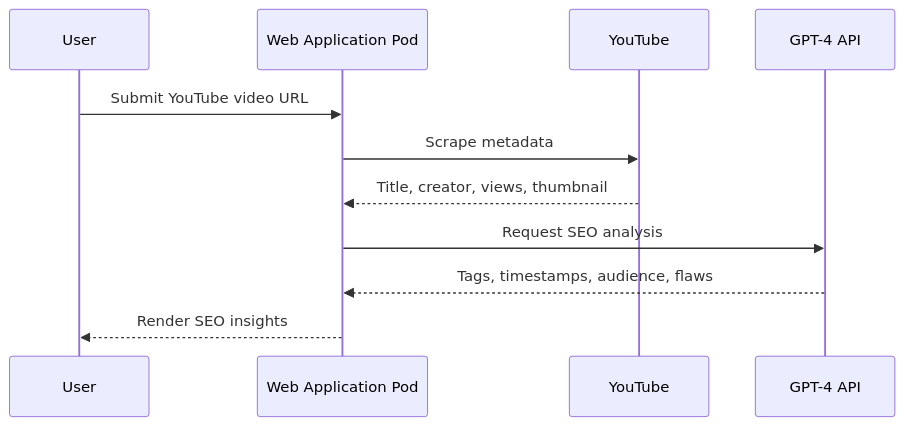
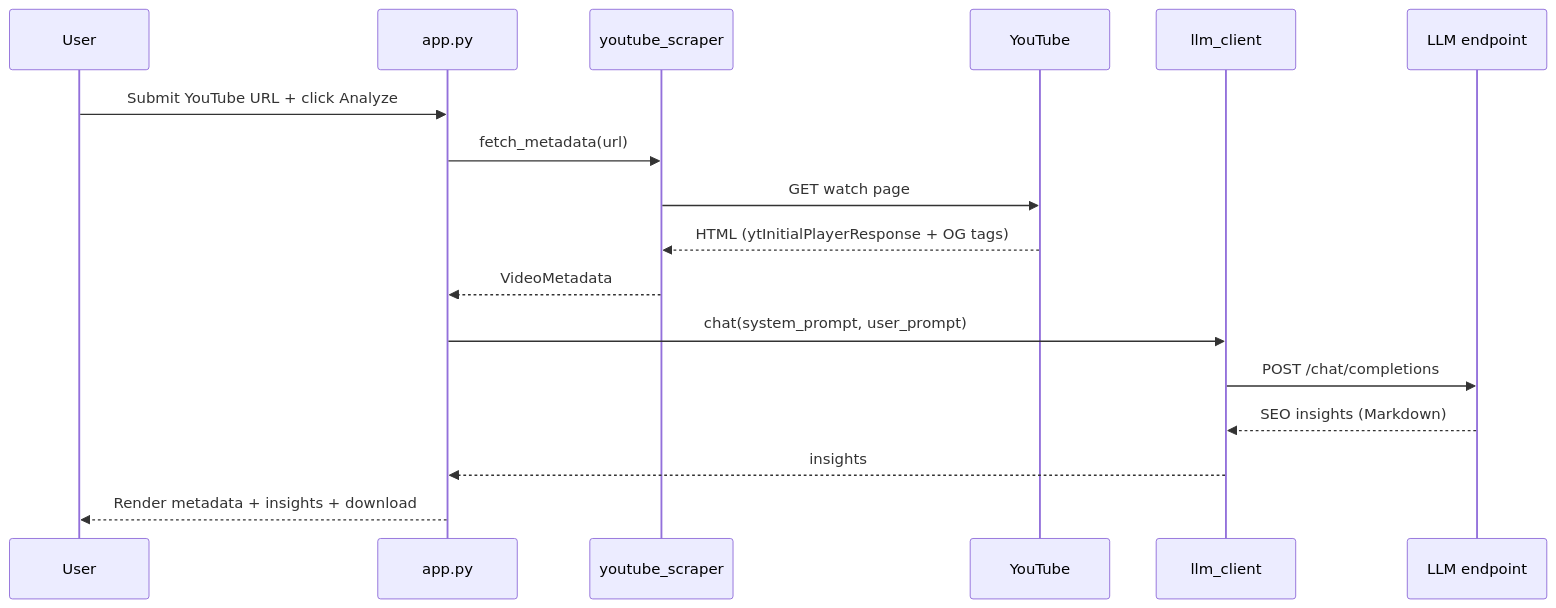
The second of 2 diagrams in README.md (kode-0x/TubeRank-AI), drawn with Mermaid before and after one commit. The commit also changed other lines of this file, not shown here.

````diff
--- a/README.md
+++ b/README.md
@@ -92,14 +68,20 @@
 ```mermaid
 sequenceDiagram
     participant User
-    participant App as Web Application Pod
+    participant App as app.py
+    participant Scraper as youtube_scraper
     participant YT as YouTube
-    participant GPT as GPT-4 API
+    participant Client as llm_client
+    participant LLM as LLM endpoint
 
-    User->>App: Submit YouTube video URL
-    App->>YT: Scrape metadata
-    YT-->>App: Title, creator, views, thumbnail
-    App->>GPT: Request SEO analysis
-    GPT-->>App: Tags, timestamps, audience, flaws
-    App-->>User: Render SEO insights
+    User->>App: Submit YouTube URL + click Analyze
+    App->>Scraper: fetch_metadata(url)
+    Scraper->>YT: GET watch page
+    YT-->>Scraper: HTML (ytInitialPlayerResponse + OG tags)
+    Scraper-->>App: VideoMetadata
+    App->>Client: chat(system_prompt, user_prompt)
+    Client->>LLM: POST /chat/completions
+    LLM-->>Client: SEO insights (Markdown)
+    Client-->>App: insights
+    App-->>User: Render metadata + insights + download
 ```
````
